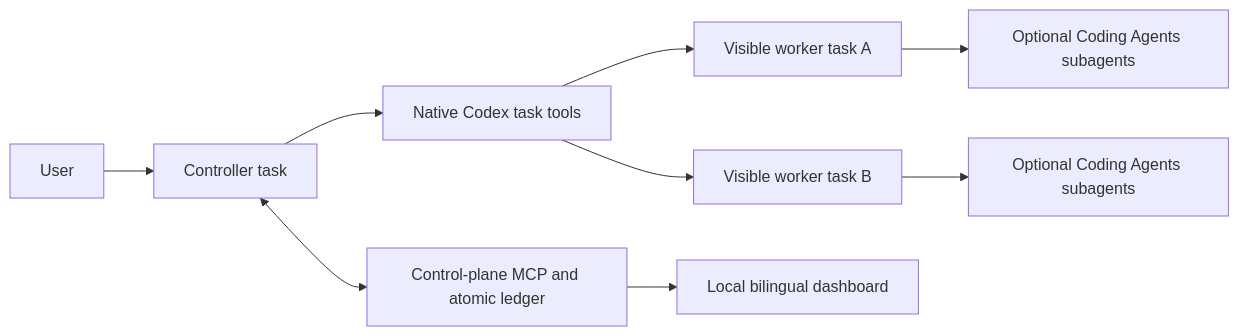
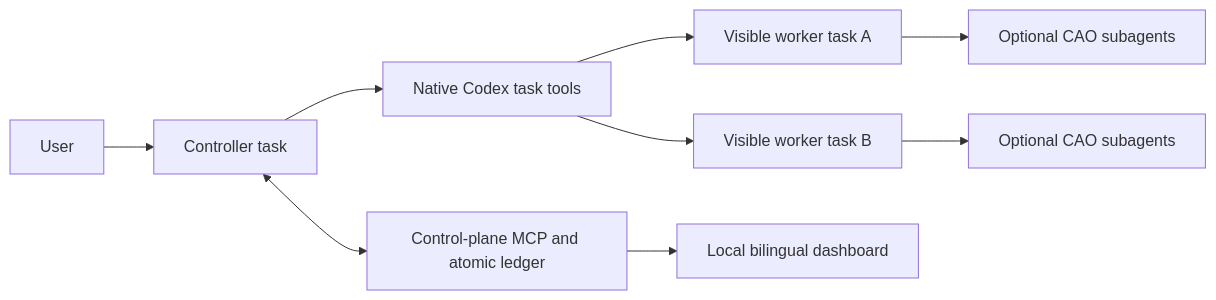
Before and after one commit to mlabo-org/codex-task-control-plane: the diagram in README.md, drawn with Mermaid. The commit also changed other lines of this file and 17 other files, not shown here.

````diff
--- a/README.md
+++ b/README.md
@@ -34,11 +34,11 @@
 ```mermaid
 flowchart LR
   U["User"] --> C["Controller task"]
   C --> N["Native Codex task tools"]
   N --> W1["Visible worker task A"]
   N --> W2["Visible worker task B"]
-  W1 --> A1["Optional Coding Agents subagents"]
-  W2 --> A2["Optional Coding Agents subagents"]
+  W1 --> A1["Optional CAO subagents"]
+  W2 --> A2["Optional CAO subagents"]
   C <--> L["Control-plane MCP and atomic ledger"]
   L --> D["Local bilingual dashboard"]
 ```
````
